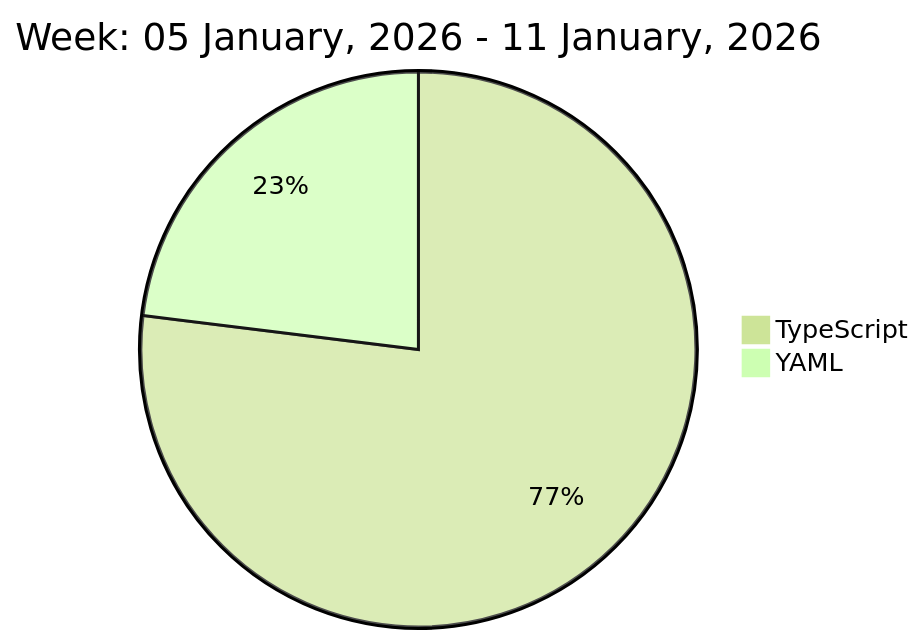
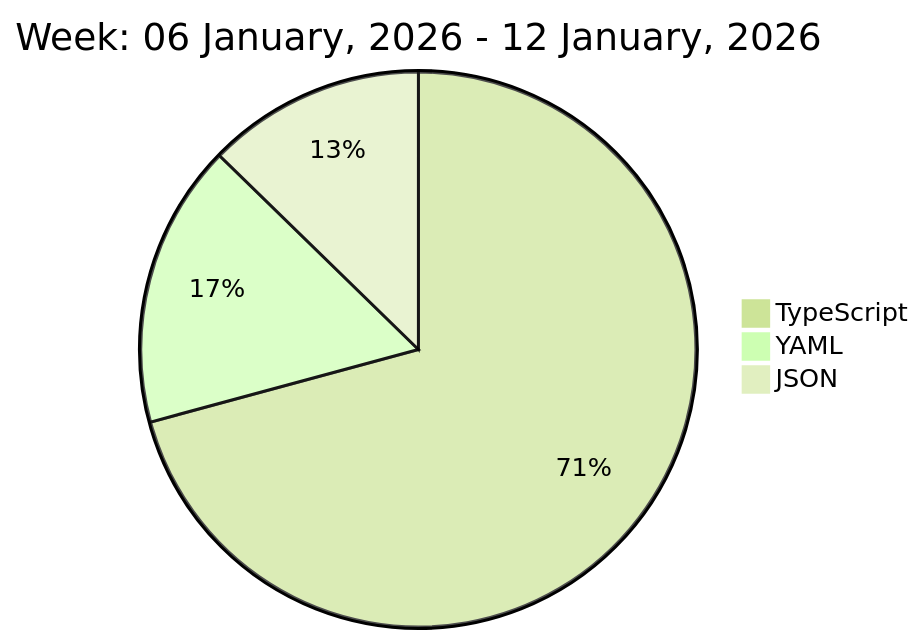
The diagram in README.md (liubin95/liubin95), drawn with Mermaid (forest theme) before and after one commit.

Commit message:
Updated the Graph with new Metrics

````diff
--- a/README.md
+++ b/README.md
@@ -37,6 +37,7 @@
 ```mermaid
  pie
-title Week: 05 January, 2026 - 11 January, 2026
- "TypeScript" : 9.35
- "YAML" : 2.8
+title Week: 06 January, 2026 - 12 January, 2026
+ "TypeScript" : 10.42
+ "YAML" : 2.43
+ "JSON" : 1.87
 ```
````
